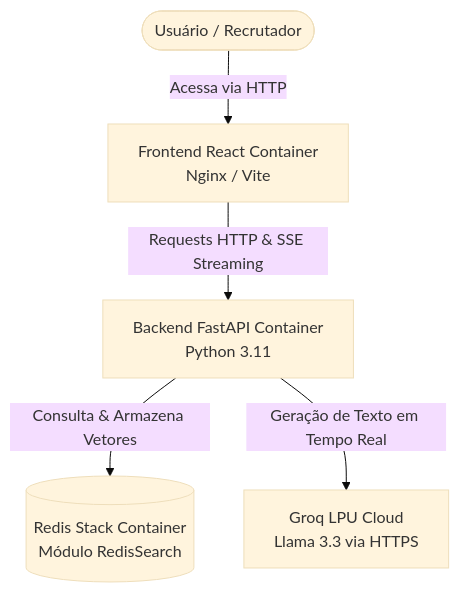
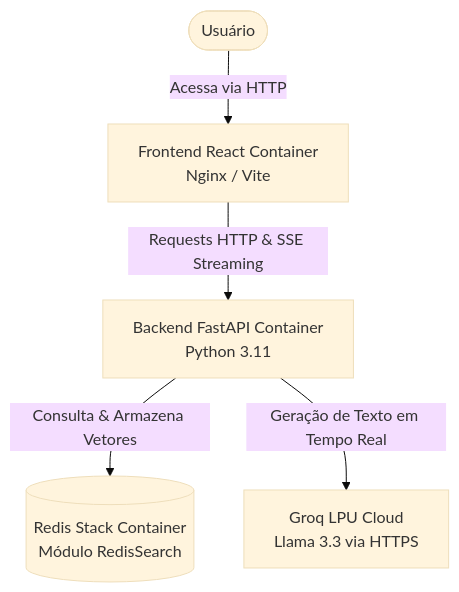
Before and after one commit to eliezerqueiroz/chat-pipefy: the second of 2 diagrams in README.md, drawn with Mermaid (base theme). The commit also changed other lines of this file, not shown here.

Commit message:
Fix: remove persona 'Recrutador' dos diagramas C4 e torna o README orientado ao produto

````diff
--- a/README.md
+++ b/README.md
@@ -52,7 +52,7 @@
 ```mermaid
 graph TD
-    User([Usuário / Recrutador]) -->|Acessa via HTTP| FE[Frontend React Container <br> Nginx / Vite]
+    User([Usuário]) -->|Acessa via HTTP| FE[Frontend React Container <br> Nginx / Vite]
     FE -->|Requests HTTP & SSE Streaming| BE[Backend FastAPI Container <br> Python 3.11]
     BE -->|Consulta & Armazena Vetores| Redis[(Redis Stack Container <br> Módulo RedisSearch)]
     BE -->|Geração de Texto em Tempo Real| Groq[Groq LPU Cloud <br> Llama 3.3 via HTTPS]
 ```
````
